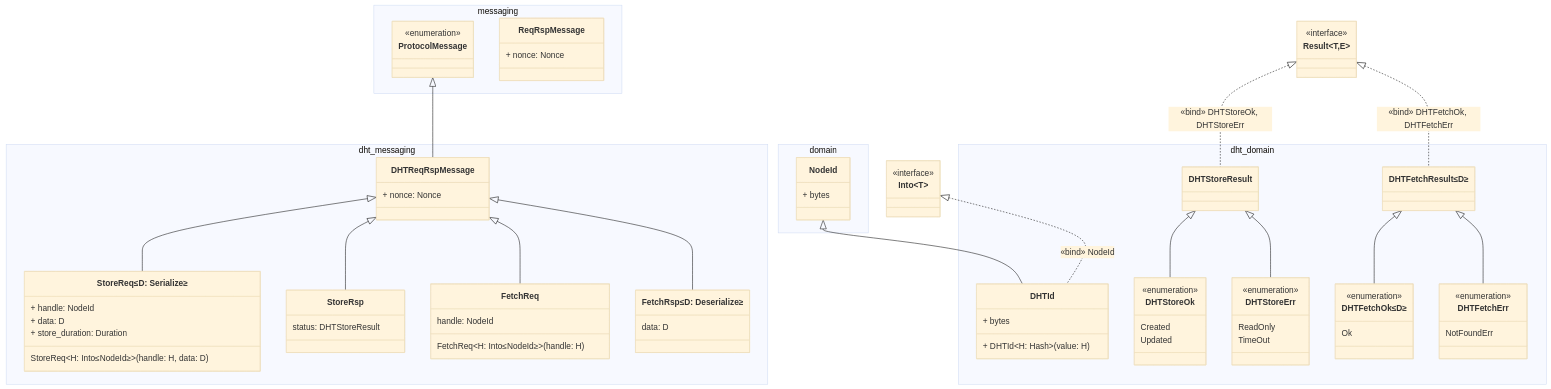
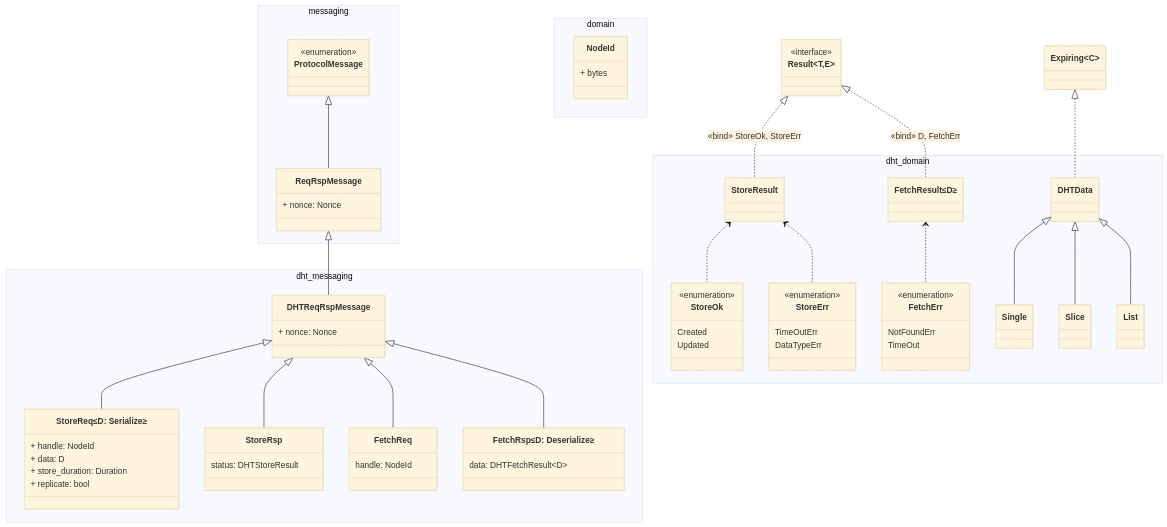
Before and after one commit to kit-tm/KIRA-Rust: the first of 3 diagrams in dht-draft.md, drawn with Mermaid (base theme). The commit also changed other lines of this file, not shown here.

Commit message:
Fix dht-draft

````diff
--- a/dht-draft.md
+++ b/dht-draft.md
@@ -12,81 +11,78 @@
 ```mermaid
 classDiagram
     namespace dht_messaging {
         class DHTReqRspMessage {
             + nonce: Nonce
         }
         class StoreReq["StoreReq≤D: Serialize≥"] {
             + handle: NodeId
             + data: D
             + store_duration: Duration
-            StoreReq~H: Into≤NodeId≥~(handle: H, data: D)
+            + replicate: bool
         }
         class StoreRsp {
             status: DHTStoreResult
         }
         class FetchReq["FetchReq"] {
             handle: NodeId
-            FetchReq~H: Into≤NodeId≥~(handle: H)
         }
         class FetchRsp["FetchRsp≤D: Deserialize≥"] {
-            data: D
+            data: DHTFetchResult~D~
         }
     }
     DHTReqRspMessage <|-- StoreReq
     DHTReqRspMessage <|-- StoreRsp
     DHTReqRspMessage <|-- FetchReq
     DHTReqRspMessage <|-- FetchRsp
 
     namespace dht_domain {
-        class DHTId {
-            + bytes
-            + DHTId~H: Hash~(value: H)
-        }
-
-        class DHTStoreResult
-        class DHTStoreOk {
+        class StoreResult
+        class StoreOk {
             <<enumeration>>
             Created
             Updated
         }
-        class DHTStoreErr {
+        class StoreErr {
             <<enumeration>>
-            ReadOnly
+            TimeOutErr
+            DataTypeErr
+        }
+
+        class FetchResult["FetchResult≤D≥"]
+        class FetchErr {
+            <<enumeration>>
+            NotFoundErr
             TimeOut
         }
-
-        class DHTFetchResult["DHTFetchResult≤D≥"]
-        class DHTFetchOk["DHTFetchOk≤D≥"] {
-            <<enumeration>>
-            Ok
-        }
-        class DHTFetchErr {
-            <<enumeration>>
-            NotFoundErr
-        }
+        
+        class DHTData
+        class Single
+        class Slice
+        class List
     }
     class Result~T,E~ { <<interface>> }
-    Result <|.. DHTStoreResult: «bind» DHTStoreOk, DHTStoreErr
-    DHTStoreResult <|-- DHTStoreErr
-    DHTStoreResult <|-- DHTStoreOk
-    Result <|.. DHTFetchResult: «bind» DHTFetchOk, DHTFetchErr
-    DHTFetchResult <|-- DHTFetchErr
-    DHTFetchResult <|-- DHTFetchOk
-    NodeId <|-- DHTId
-    class Into~T~ { <<interface>> }
-    Into <|.. DHTId: «bind» NodeId
-
+    Result <|.. StoreResult: «bind» StoreOk, StoreErr
+    StoreResult <.. StoreErr
+    StoreResult <.. StoreOk
+    Result <|.. FetchResult: «bind» D, FetchErr
+    FetchResult <.. FetchErr
+    Expiring~C~ <|.. DHTData
+    DHTData <|-- Single
+    DHTData <|-- Slice
+    DHTData <|-- List
+    
     namespace messaging {
         class ProtocolMessage { <<enumeration>> }
         class ReqRspMessage {
             + nonce: Nonce
         }
     }
-    ProtocolMessage <|-- DHTReqRspMessage
+    ProtocolMessage <|-- ReqRspMessage
+    ReqRspMessage <|-- DHTReqRspMessage
 
     namespace domain {
         class NodeId {
             + bytes
         } 
     } 
 ```
````
